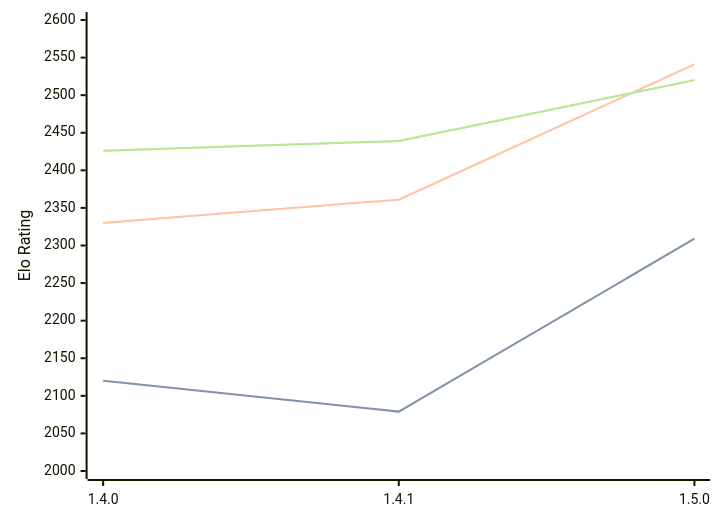
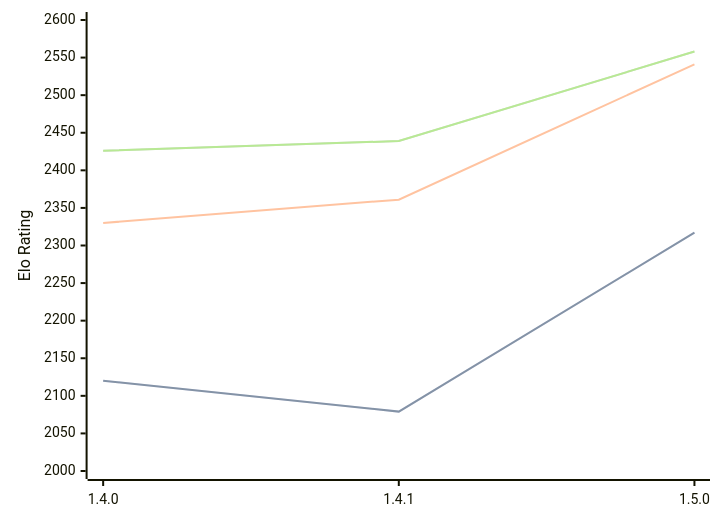
One commit to computer-chess-index/cci changed the diagram in engines/Tofiks.md. Above: the diagram before and after it, drawn with Mermaid. The commit also changed other lines of this file, not shown here.

Commit message:
Update CCI Ratings (ELO VLTC) - 2026-04-24

````diff
--- a/engines/Tofiks.md
+++ b/engines/Tofiks.md
@@ -37,11 +37,11 @@
 ```mermaid
 %%{init: {"theme":"base","themeVariables":{"seriesColors:['#a3a3a3','#222221','#faa371']}}}%%
 xychart-beta
   x-axis ["1.4.0", "1.4.1", "1.5.0"]
   y-axis "Elo Rating" 2000 --> 2600
-  line "STC (8.0+0.08s)" [2120, 2079, 2309]
-  line "STC (8.0+0.08s)" [2120, 2079, 2309]
+  line "STC (8.0+0.08s)" [2120, 2079, 2317]
+  line "STC (8.0+0.08s)" [2120, 2079, 2317]
   line "LTC (60.0+0.60s)" [2330, 2361, 2541]
-  line "VLTC (2m24s+1.12s)" [2426, 2439, 2520]
-  line "VLTC (2m24s+1.12s)" [2426, 2439, 2520]
+  line "VLTC (2m24s+1.12s)" [2426, 2439, 2558]
+  line "VLTC (2m24s+1.12s)" [2426, 2439, 2558]
 ```
````
